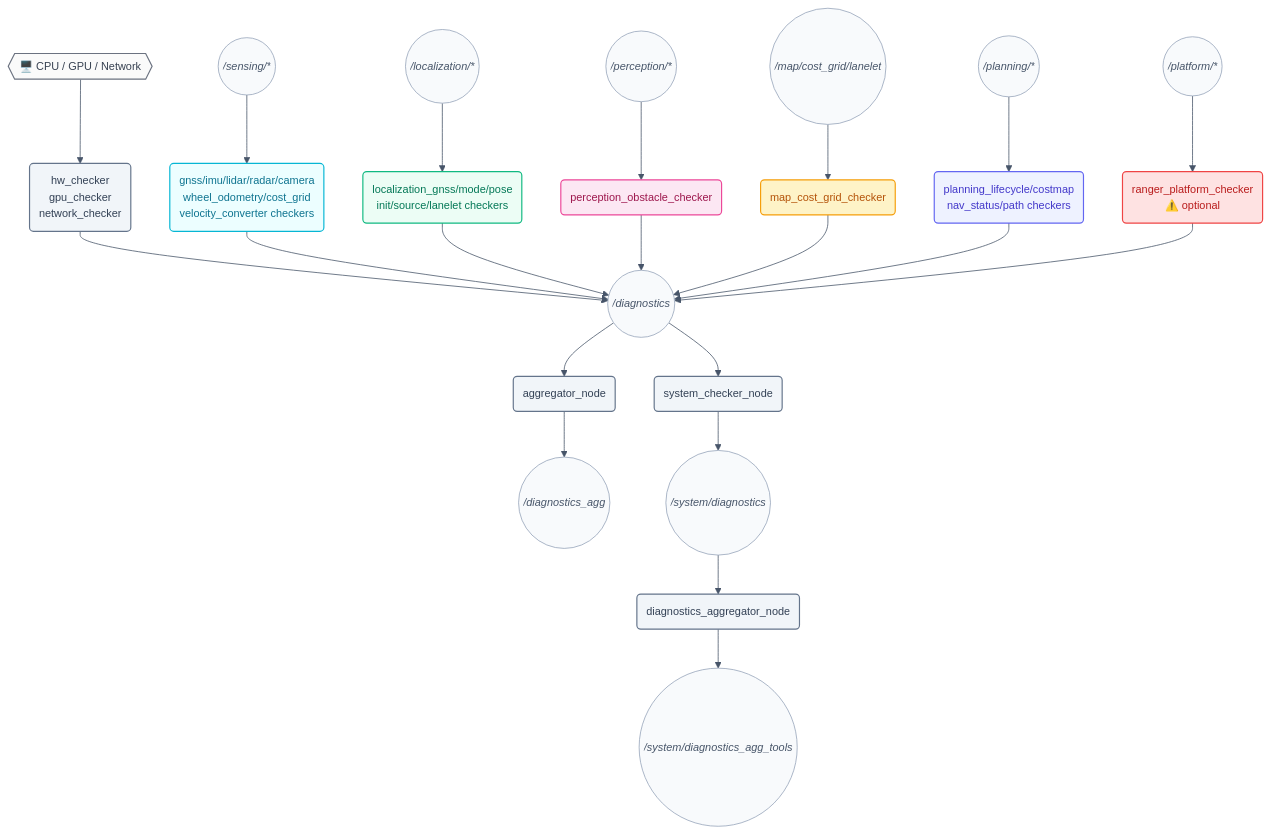
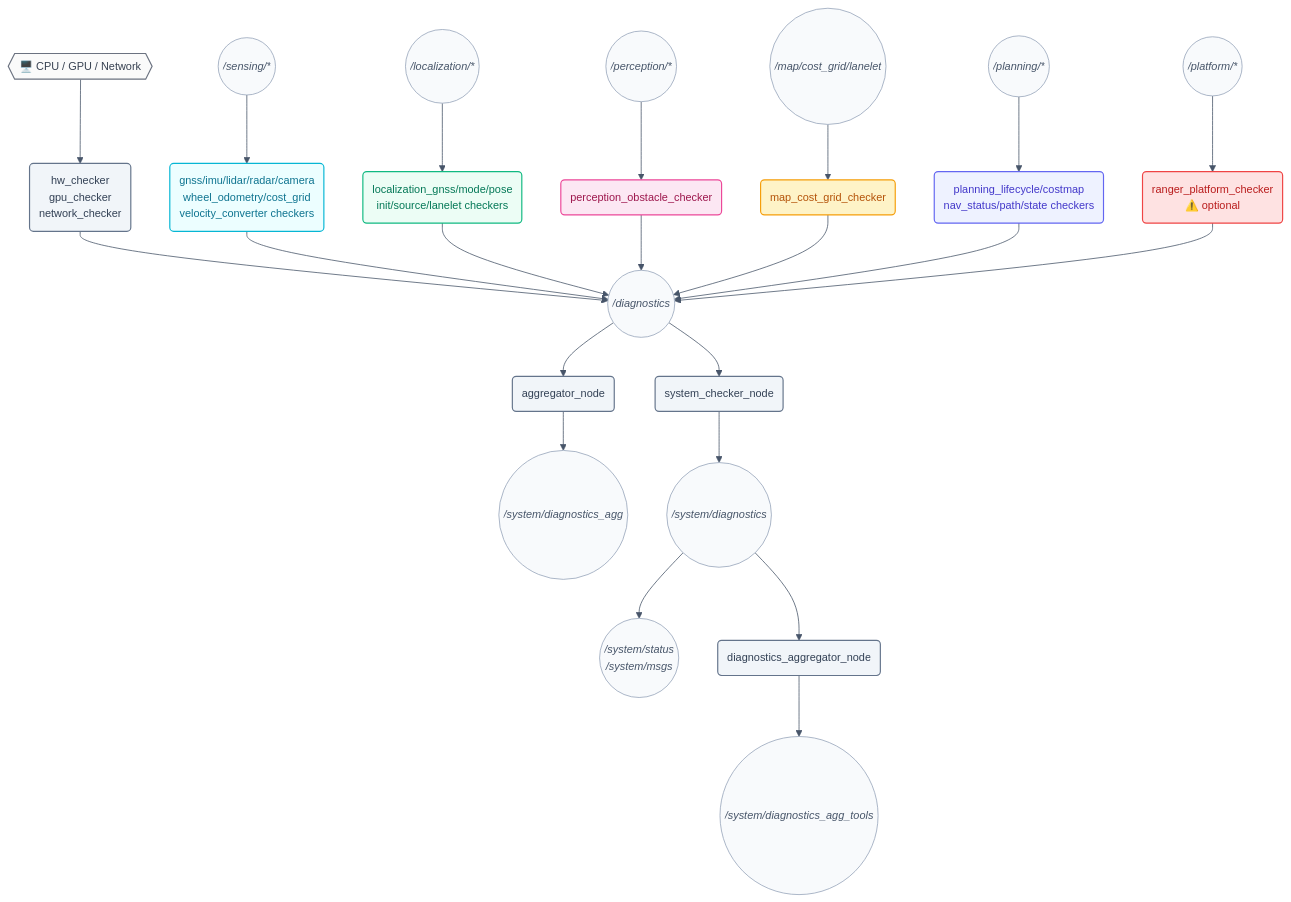
One commit to hwanhonglee/CAMROD changed the second of 4 diagrams in camrod_system/README.md. Above: the diagram before and after it, drawn with Mermaid. The commit also changed other lines of this file and 184 other files, not shown here.

````diff
--- a/camrod_system/README.md
+++ b/camrod_system/README.md
@@ -76,31 +79,32 @@
 ```mermaid
 %%{init: {'theme': 'base', 'themeVariables': {'fontFamily': 'ui-sans-serif, system-ui, sans-serif', 'fontSize': '14px', 'primaryColor': '#F1F5F9', 'primaryTextColor': '#0F172A', 'primaryBorderColor': '#64748B', 'lineColor': '#475569'}, 'flowchart': {'curve': 'basis', 'htmlLabels': true, 'padding': 12}}}%%
 graph TD
   HW{{🖥️ CPU / GPU / Network}}:::hardware --> HWCHK(hw_checker\ngpu_checker\nnetwork_checker):::system
   SENS((/sensing/*)):::topic --> SENSCHK(gnss/imu/lidar/radar/camera\nwheel_odometry/cost_grid\nvelocity_converter checkers):::sensing
   LOC((/localization/*)):::topic --> LOCCHK(localization_gnss/mode/pose\ninit/source/lanelet checkers):::localization
   PER((/perception/*)):::topic --> PERCHK(perception_obstacle_checker):::perception
   MAP((/map/cost_grid/lanelet)):::topic --> MAPCHK(map_cost_grid_checker):::mapping
-  PLAN((/planning/*)):::topic --> PLANCHK(planning_lifecycle/costmap\nnav_status/path checkers):::planning
+  PLAN((/planning/*)):::topic --> PLANCHK(planning_lifecycle/costmap\nnav_status/path/state checkers):::planning
   PLAT((/platform/*)):::topic --> PLATOP(ranger_platform_checker\n⚠️ optional):::platform
 
   HWCHK & SENSCHK & LOCCHK & PERCHK & MAPCHK & PLANCHK & PLATOP --> DIAG((/diagnostics)):::topic
 
   DIAG --> AGG(aggregator_node):::system
-  AGG --> DIAGAGG((/diagnostics_agg)):::topic
+  AGG --> DIAGAGG((/system/diagnostics_agg)):::topic
 
   DIAG --> SYSCHK(system_checker_node):::system
   SYSCHK --> SYSDIAG((/system/diagnostics)):::topic
+  SYSDIAG --> SYSSTATUS((/system/status\n/system/msgs)):::topic
   SYSDIAG --> SYSAGG(diagnostics_aggregator_node):::system
   SYSAGG --> TOOLS((/system/diagnostics_agg_tools)):::topic
 
   classDef sensing      fill:#ECFEFF,stroke:#06B6D4,stroke-width:1.5px,color:#0E7490;
   classDef localization fill:#ECFDF5,stroke:#10B981,stroke-width:1.5px,color:#047857;
   classDef mapping      fill:#FEF3C7,stroke:#F59E0B,stroke-width:1.5px,color:#B45309;
   classDef perception   fill:#FCE7F3,stroke:#EC4899,stroke-width:1.5px,color:#9D174D;
   classDef planning     fill:#EEF2FF,stroke:#6366F1,stroke-width:1.5px,color:#4338CA;
   classDef platform     fill:#FEE2E2,stroke:#EF4444,stroke-width:1.5px,color:#B91C1C;
   classDef system       fill:#F1F5F9,stroke:#64748B,stroke-width:1.5px,color:#334155;
   classDef hardware     fill:#FAFAFA,stroke:#6B7280,stroke-width:1.5px,color:#374151;
   classDef topic        fill:#F8FAFC,stroke:#94A3B8,stroke-width:1px,color:#475569,font-style:italic;
 ```
````
